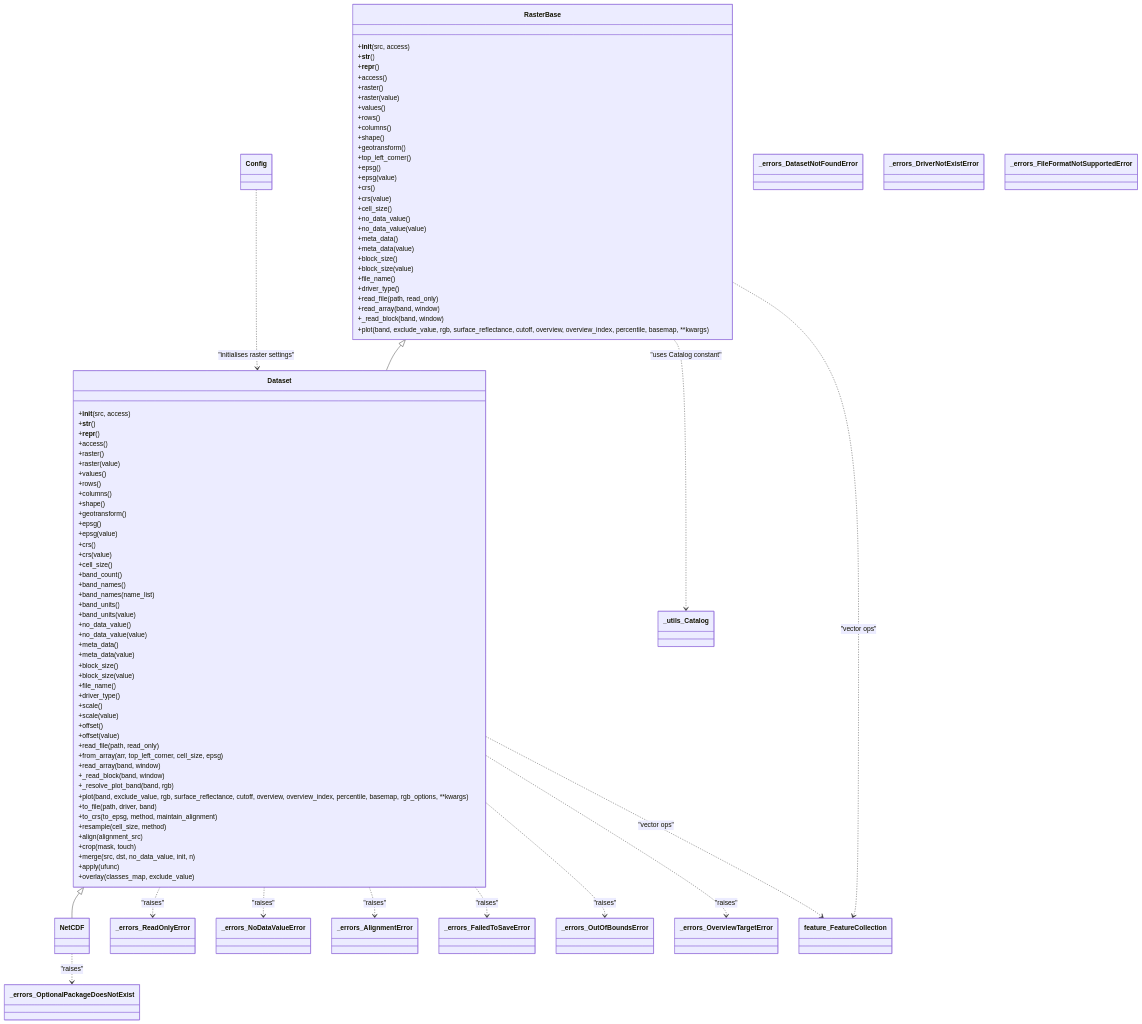
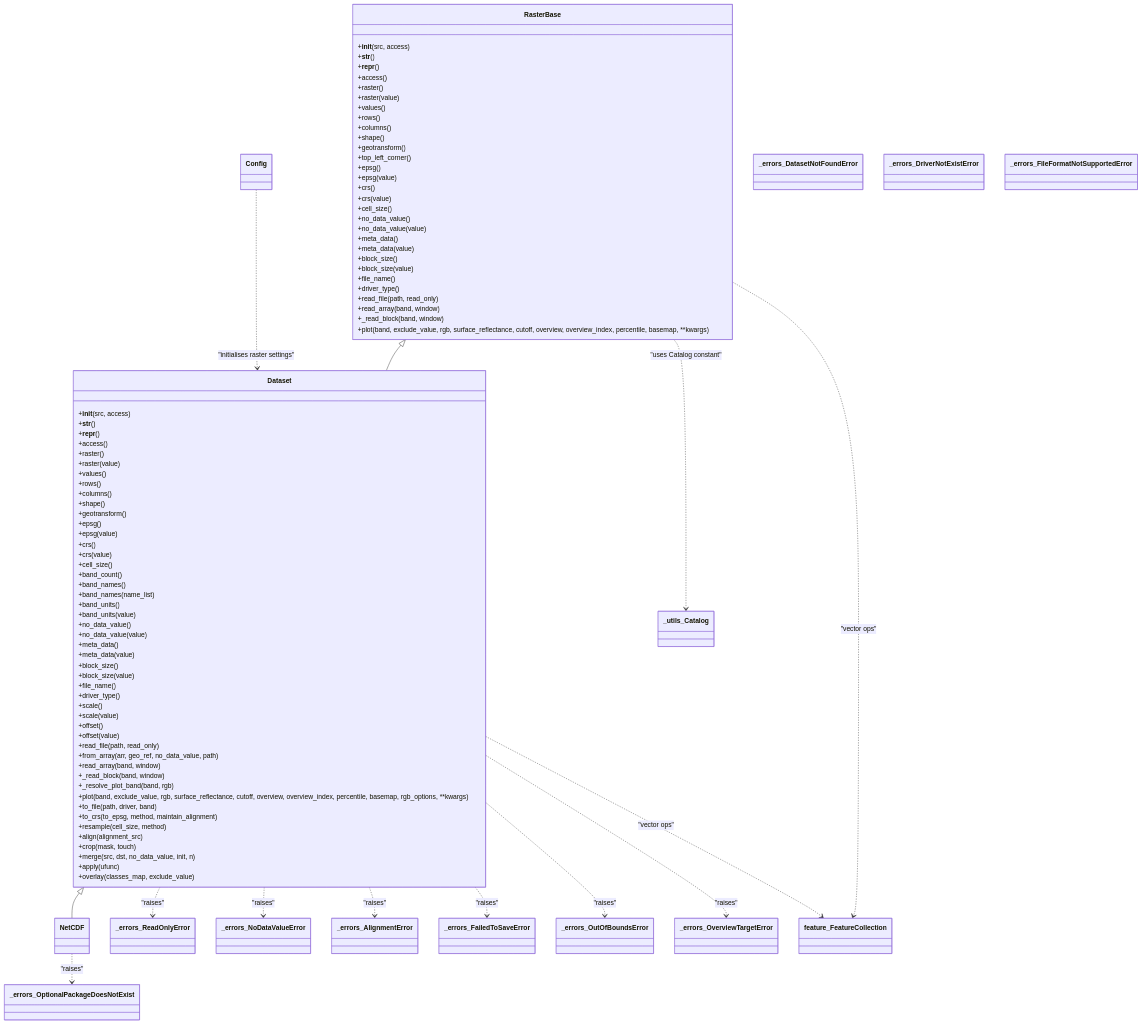
One commit to serapeum-org/pyramids changed the third of 4 diagrams in docs/reference/dataset/index.md. Above: the diagram before and after it, drawn with Mermaid. The commit also changed 2 other files, not shown here.

Commit message:
docs: update the class diagrams to the real from_array signature (M4, N5)
The rename reached the method names in the diagrams but not their
parameter lists, so three rows advertised a signature that raises:

    +from_array(arr, top_left_corner, cell_size, epsg)
    +from_array(arr, geo, epsg)
    +from_array(arr, geo, ...)

Calling any of those now gives TypeError: from_array() got an unexpected
keyword argument. That is worse than leaving the old method name would
have been, because it looks current -- a reader who lands on the diagram
first copies a dead signature.

The two Dataset rows collapse to the single real one; the NetCDF row
takes geo_ref. Also restores the column padding on a collection.md table
row that the shortened method name left misaligned in the source.

```diff
--- a/docs/reference/dataset/index.md
+++ b/docs/reference/dataset/index.md
@@ -112,7 +112,7 @@
         +offset()
         +offset(value)
         +read_file(path, read_only)
-        +from_array(arr, top_left_corner, cell_size, epsg)
+        +from_array(arr, geo_ref, no_data_value, path)
         +read_array(band, window)
         +_read_block(band, window)
         +_resolve_plot_band(band, rgb)
```
